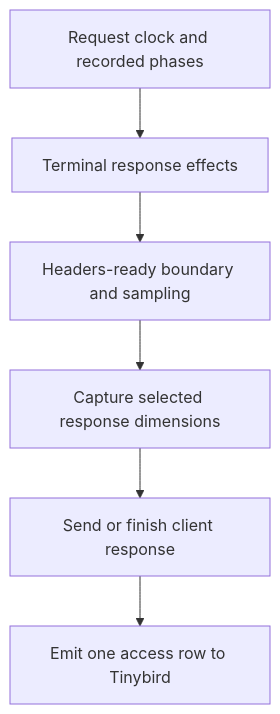
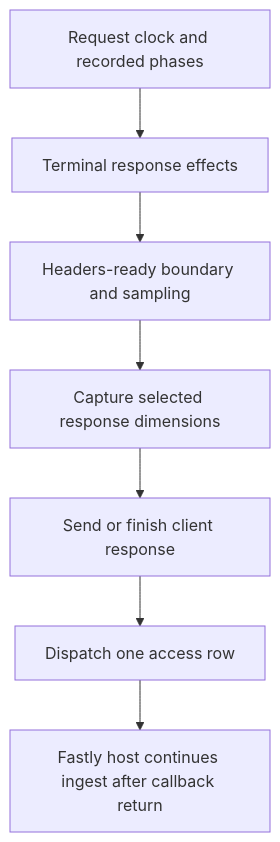
The diagram in docs/guide/telemetry.md (IABTechLab/trusted-server), drawn with Mermaid before and after one commit. The commit also changed other lines of this file and 8 other files, not shown here.

````diff
--- a/docs/guide/telemetry.md
+++ b/docs/guide/telemetry.md
@@ -49,8 +49,9 @@
 ```mermaid
 flowchart TB
     A[Request clock and recorded phases] --> B[Terminal response effects]
     B --> C[Headers-ready boundary and sampling]
     C --> D[Capture selected response dimensions]
     D --> E[Send or finish client response]
-    E --> F[Emit one access row to Tinybird]
+    E --> F[Dispatch one access row]
+    F --> G[Fastly host continues ingest after callback return]
 ```
````
